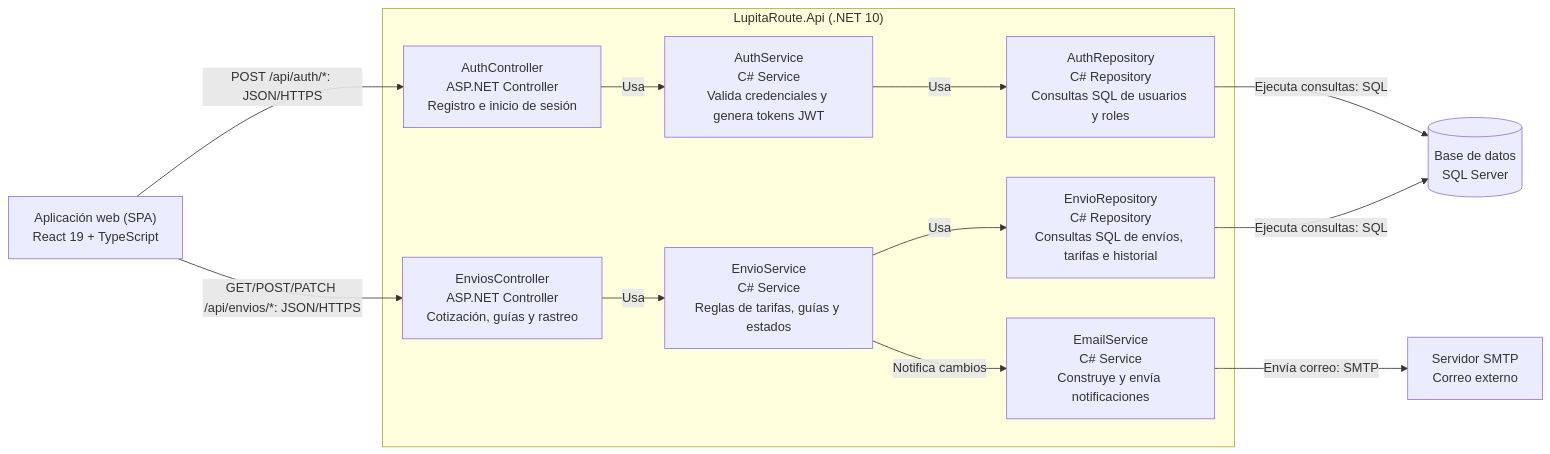
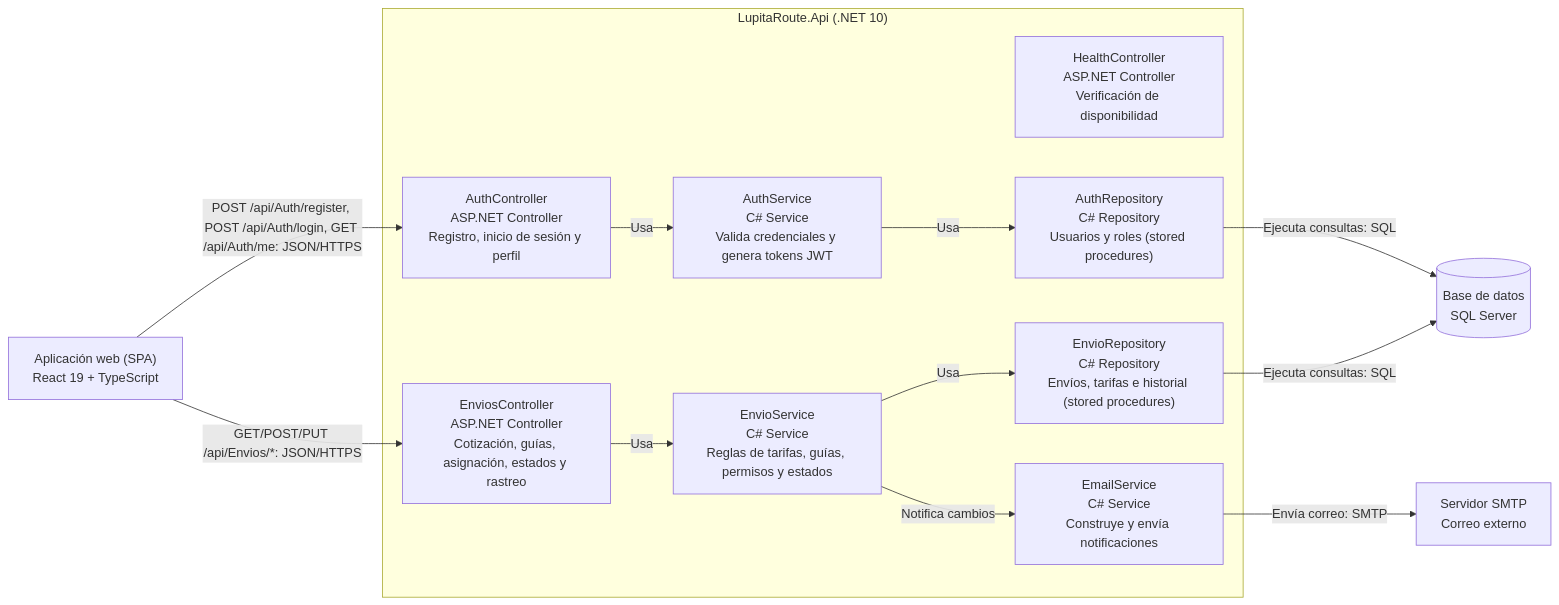
One commit to Eva-Contreras/LupitaRoute changed the diagram in docs/modelo-c4/component-diagram.md. Above: the diagram before and after it, drawn with Mermaid. The commit also changed 4 other files, not shown here.

Commit message:
feat(docs): cambios en los diagramas

````diff
--- a/docs/modelo-c4/component-diagram.md
+++ b/docs/modelo-c4/component-diagram.md
@@ -3,27 +3,28 @@
 ```mermaid
 flowchart LR
     spa["Aplicación web (SPA)<br/>React 19 + TypeScript"]
     db[("Base de datos<br/>SQL Server")]
     smtp["Servidor SMTP<br/>Correo externo"]
 
     subgraph api["LupitaRoute.Api (.NET 10)"]
-        authCtrl["AuthController<br/>ASP.NET Controller<br/>Registro e inicio de sesión"]
-        enviosCtrl["EnviosController<br/>ASP.NET Controller<br/>Cotización, guías y rastreo"]
+        authCtrl["AuthController<br/>ASP.NET Controller<br/>Registro, inicio de sesión y perfil"]
+        enviosCtrl["EnviosController<br/>ASP.NET Controller<br/>Cotización, guías, asignación, estados y rastreo"]
+        healthCtrl["HealthController<br/>ASP.NET Controller<br/>Verificación de disponibilidad"]
         authSvc["AuthService<br/>C# Service<br/>Valida credenciales y genera tokens JWT"]
-        envioSvc["EnvioService<br/>C# Service<br/>Reglas de tarifas, guías y estados"]
+        envioSvc["EnvioService<br/>C# Service<br/>Reglas de tarifas, guías, permisos y estados"]
         emailSvc["EmailService<br/>C# Service<br/>Construye y envía notificaciones"]
-        authRepo["AuthRepository<br/>C# Repository<br/>Consultas SQL de usuarios y roles"]
-        envioRepo["EnvioRepository<br/>C# Repository<br/>Consultas SQL de envíos, tarifas e historial"]
+        authRepo["AuthRepository<br/>C# Repository<br/>Usuarios y roles (stored procedures)"]
+        envioRepo["EnvioRepository<br/>C# Repository<br/>Envíos, tarifas e historial (stored procedures)"]
     end
 
-    spa -->|POST /api/auth/*: JSON/HTTPS| authCtrl
-    spa -->|GET/POST/PATCH /api/envios/*: JSON/HTTPS| enviosCtrl
+    spa -->|POST /api/Auth/register, POST /api/Auth/login, GET /api/Auth/me: JSON/HTTPS| authCtrl
+    spa -->|GET/POST/PUT /api/Envios/*: JSON/HTTPS| enviosCtrl
     authCtrl -->|Usa| authSvc
     enviosCtrl -->|Usa| envioSvc
     authSvc -->|Usa| authRepo
     envioSvc -->|Usa| envioRepo
     envioSvc -->|Notifica cambios| emailSvc
     authRepo -->|Ejecuta consultas: SQL| db
     envioRepo -->|Ejecuta consultas: SQL| db
     emailSvc -->|Envía correo: SMTP| smtp
 ```
````
